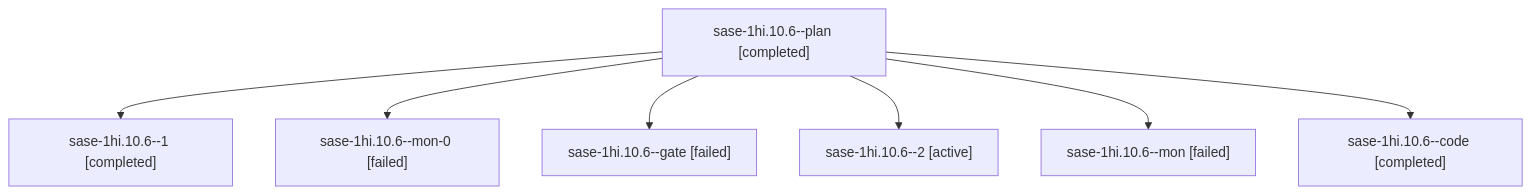
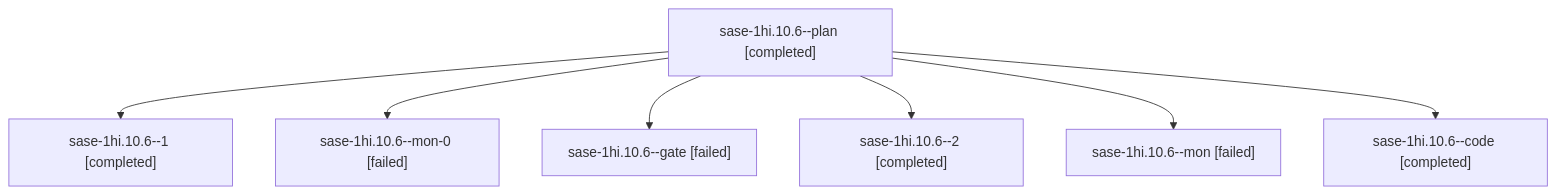
One commit to sase-org/sase--agents changed the diagram in sessions/bbugyi200.apollo.sase-1hi.10.6.md. Above: the diagram before and after it, drawn with Mermaid. The commit also changed other lines of this file and 676 other files, not shown here.

````diff
--- a/sessions/bbugyi200.apollo.sase-1hi.10.6.md
+++ b/sessions/bbugyi200.apollo.sase-1hi.10.6.md
@@ -9,16 +9,16 @@
 ```mermaid
 flowchart TD
   n0["sase-1hi.10.6--plan [completed]"]
   n1["sase-1hi.10.6--1 [completed]"]
   n0 --> n1
   n2["sase-1hi.10.6--mon-0 [failed]"]
   n0 --> n2
   n3["sase-1hi.10.6--gate [failed]"]
   n0 --> n3
-  n4["sase-1hi.10.6--2 [active]"]
+  n4["sase-1hi.10.6--2 [completed]"]
   n0 --> n4
   n5["sase-1hi.10.6--mon [failed]"]
   n0 --> n5
   n6["sase-1hi.10.6--code [completed]"]
   n0 --> n6
 ```
````
